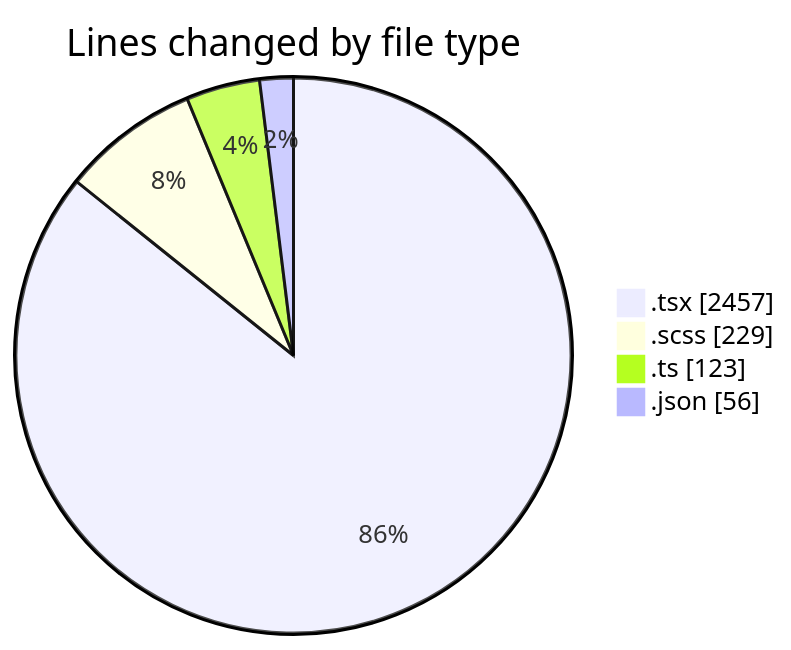
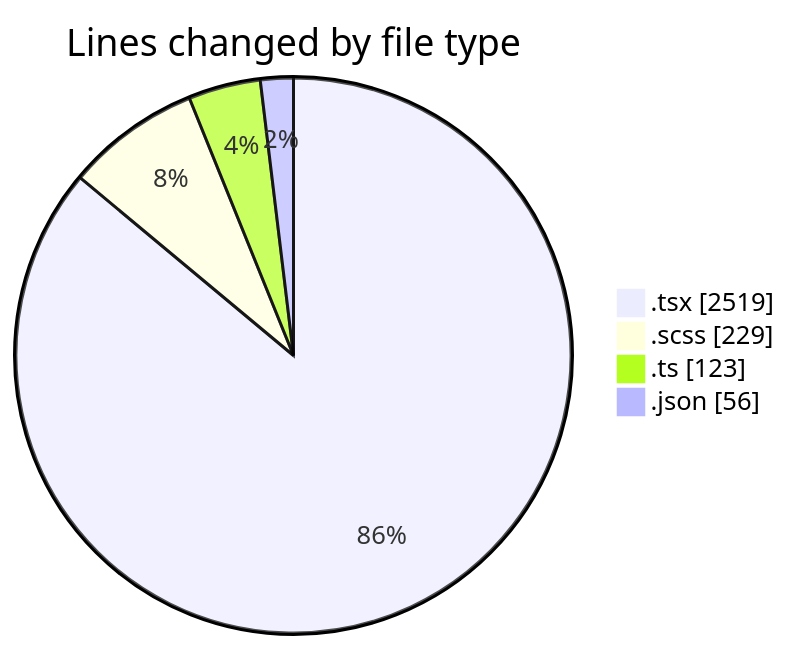
Before and after one commit to momahboobian/code-tracking: the first of 2 diagrams in 2026-10-30/cda/README.md, drawn with Mermaid. The commit also changed other lines of this file and 1 other file, not shown here.

````diff
--- a/2026-10-30/cda/README.md
+++ b/2026-10-30/cda/README.md
@@ -38,8 +38,8 @@
 ```mermaid
 pie showData
 title Lines changed by file type
-".tsx" : 2457
+".tsx" : 2519
 ".scss" : 229
 ".ts" : 123
 ".json" : 56
 ```
````
